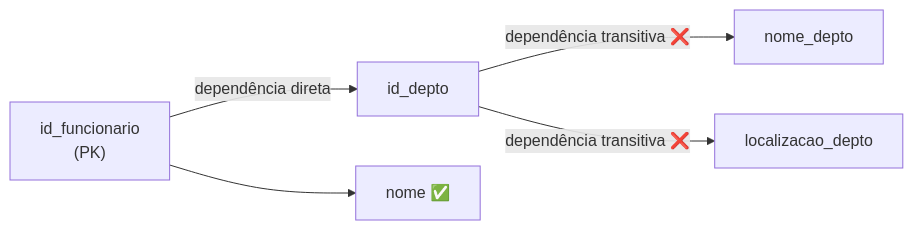
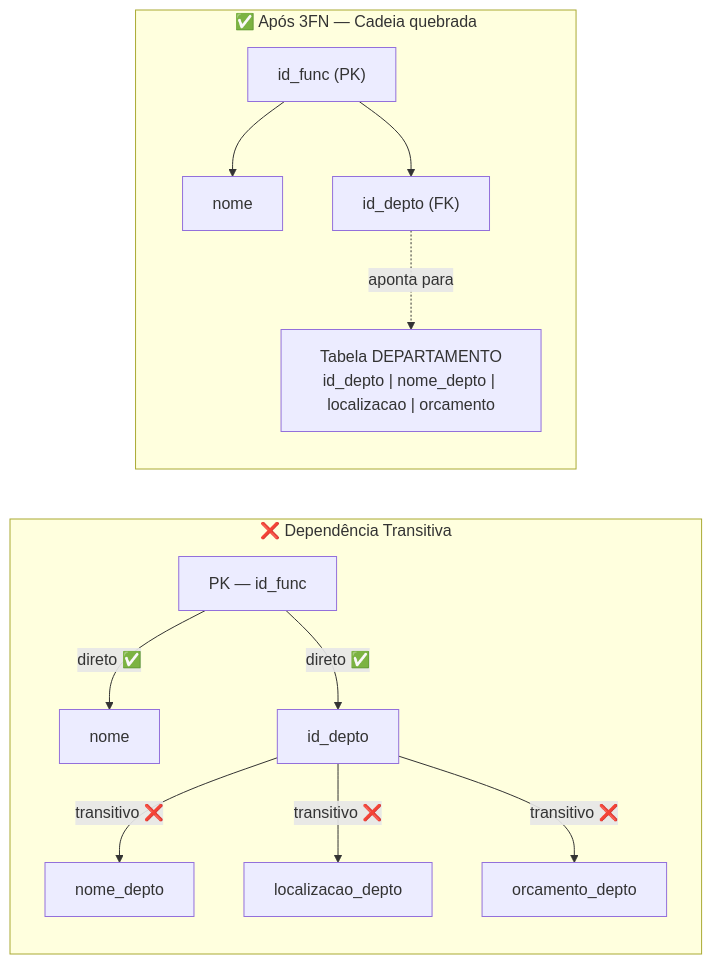
Before and after one commit to GTI-Fatec-Jahu/Banco_Dados_Aplicacoes-GTI: the third of 5 diagrams in aulas/Aula_05_Normalizacao.md, drawn with Mermaid. The commit also changed other lines of this file, not shown here.

````diff
--- a/aulas/Aula_05_Normalizacao.md
+++ b/aulas/Aula_05_Normalizacao.md
@@ -92,8 +437,16 @@
 ```mermaid
 flowchart LR
-    A["id_funcionario
-(PK)"] -->|"dependência direta"| B["id_depto"]
-    A --> C["nome ✅"]
-    B -->|"dependência transitiva ❌"| D["nome_depto"]
-    B -->|"dependência transitiva ❌"| E["localizacao_depto"]
+    subgraph TRANSITIVA["❌ Dependência Transitiva"]
+        PK3["PK — id_func"] -->|"direto ✅"| N["nome"]
+        PK3 -->|"direto ✅"| D["id_depto"]
+        D -->|"transitivo ❌"| ND["nome_depto"]
+        D -->|"transitivo ❌"| LD["localizacao_depto"]
+        D -->|"transitivo ❌"| OD["orcamento_depto"]
+    end
+
+    subgraph CORRIGIDO["✅ Após 3FN — Cadeia quebrada"]
+        PK4["id_func (PK)"] --> N2["nome"]
+        PK4 --> D2["id_depto (FK)"]
+        D2 -.->|"aponta para"| T2["Tabela DEPARTAMENTO\nid_depto | nome_depto | localizacao | orcamento"]
+    end
 ```
````
